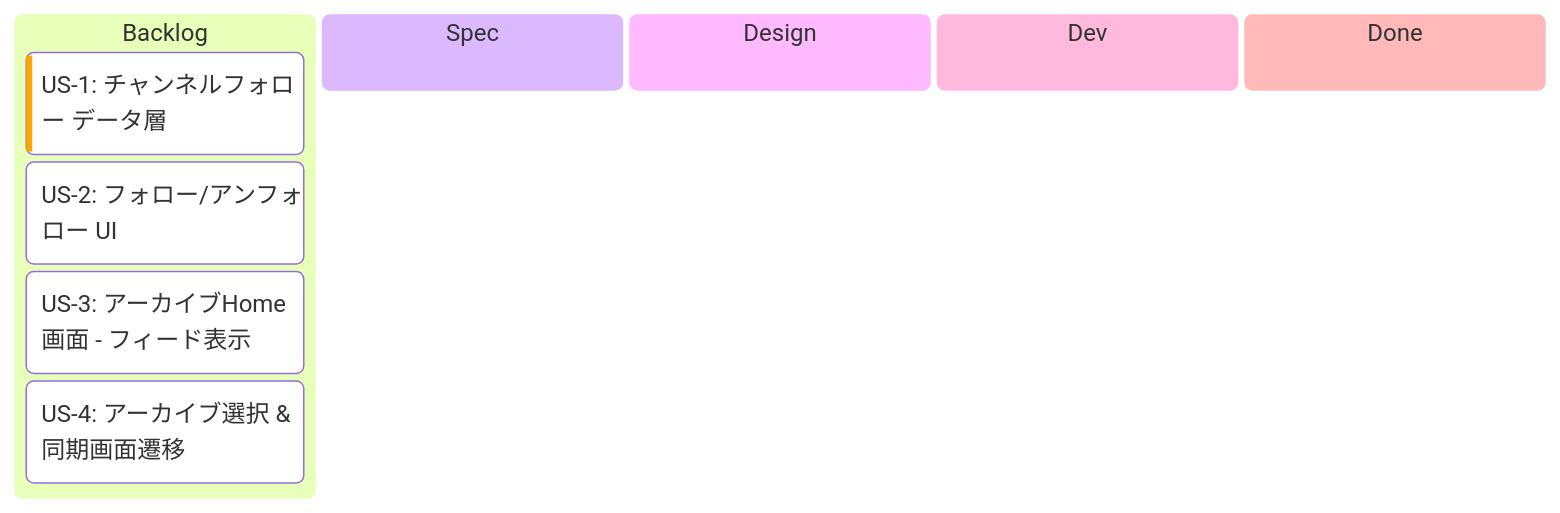
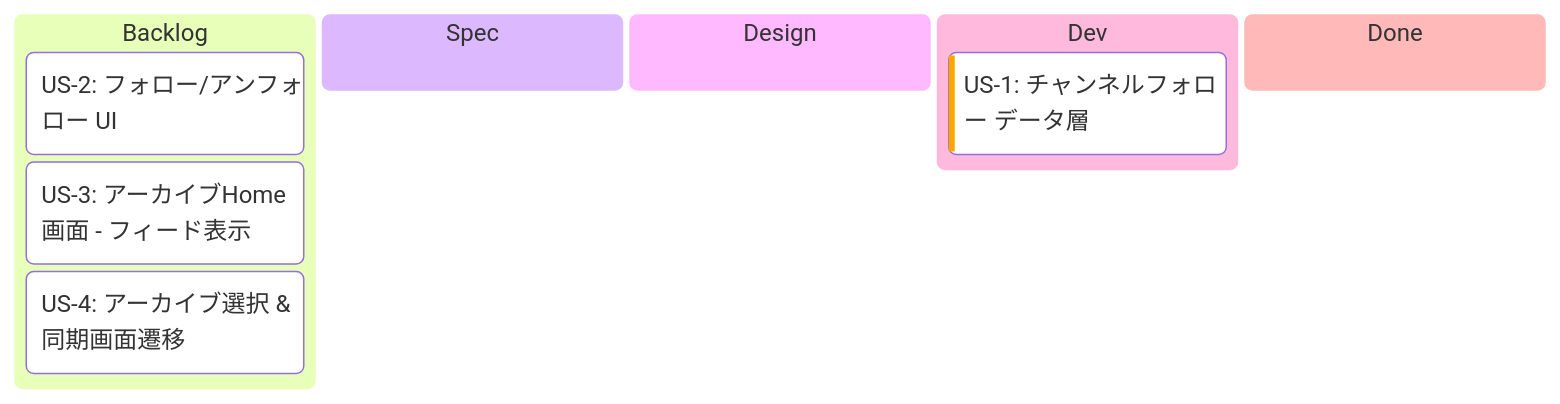
One commit to saki0000/collab-stream changed the first of 2 diagrams in implement-context/channel-follow-home/EPIC.md. Above: the diagram before and after it, drawn with Mermaid. The commit also changed other lines of this file and 11 other files, not shown here.

````diff
--- a/implement-context/channel-follow-home/EPIC.md
+++ b/implement-context/channel-follow-home/EPIC.md
@@ -26,17 +26,17 @@
 ```mermaid
 ---
 config:
   kanban:
     ticketBaseUrl: ''
 ---
 kanban
   backlog[Backlog]
-    us1[US-1: チャンネルフォロー データ層]@{ priority: 'High' }
     us2[US-2: フォロー/アンフォロー UI]
     us3[US-3: アーカイブHome画面 - フィード表示]
     us4[US-4: アーカイブ選択 & 同期画面遷移]
   spec[Spec]
   design[Design]
   dev[Dev]
+    us1[US-1: チャンネルフォロー データ層]@{ priority: 'High' }
   done[Done]
 ```
````
